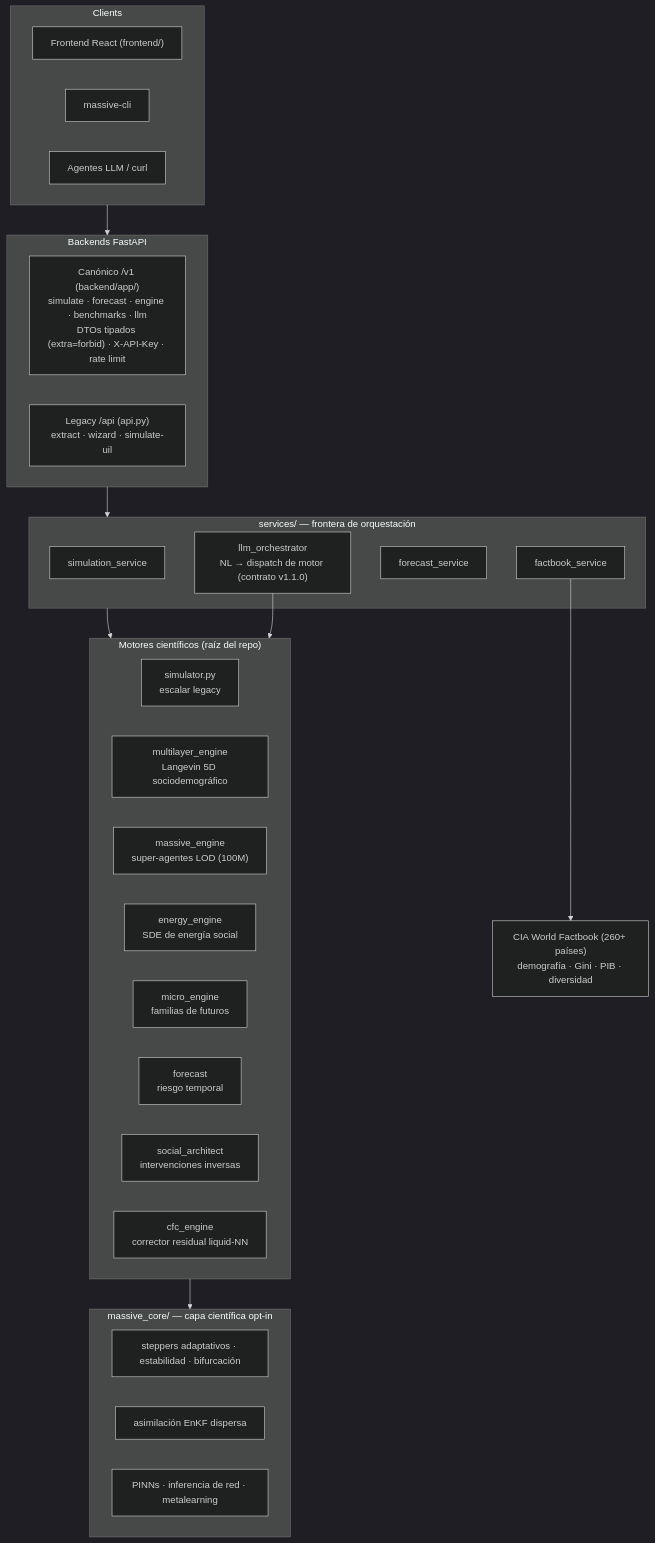
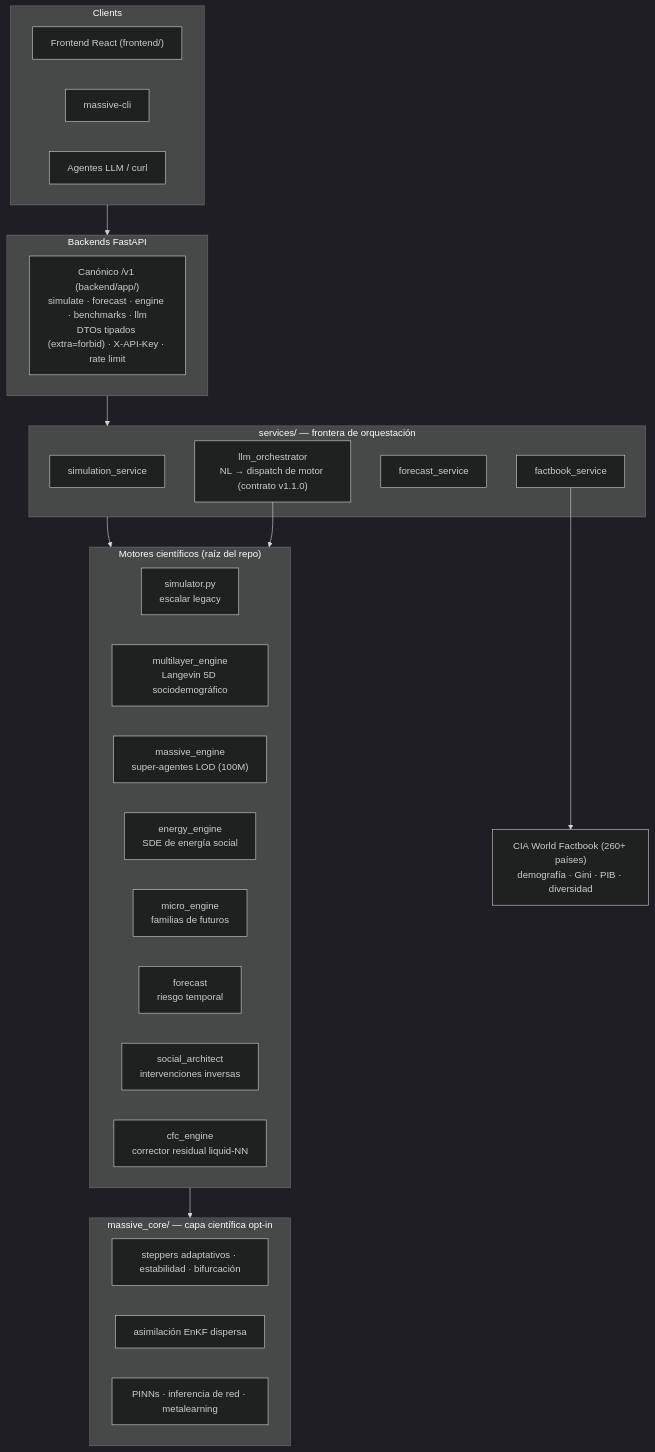
One commit to Adlgr87/MASSIVE changed the diagram in README_ES.md. Above: the diagram before and after it, drawn with Mermaid (dark theme). The commit also changed other lines of this file and 2 other files, not shown here.

````diff
--- a/README_ES.md
+++ b/README_ES.md
@@ -98,44 +113,43 @@
 ```mermaid
 flowchart TB
     subgraph Clients
         FE["Frontend React (frontend/)"]
         CLI["massive-cli"]
         AG["Agentes LLM / curl"]
     end
 
     subgraph API["Backends FastAPI"]
         V1["Canónico /v1 (backend/app/)<br/>simulate · forecast · engine · benchmarks · llm<br/>DTOs tipados (extra=forbid) · X-API-Key · rate limit"]
-        LEG["Legacy /api (api.py)<br/>extract · wizard · simulate-uil"]
     end
 
     subgraph Services["services/ — frontera de orquestación"]
         ORCH["llm_orchestrator<br/>NL → dispatch de motor (contrato v1.1.0)"]
         SIM["simulation_service"]
         FOR["forecast_service"]
         FB["factbook_service"]
     end
 
     subgraph Engines["Motores científicos (raíz del repo)"]
         direction LR
         E1["simulator.py<br/>escalar legacy"]
         E2["multilayer_engine<br/>Langevin 5D sociodemográfico"]
         E3["massive_engine<br/>super-agentes LOD (100M)"]
         E4["energy_engine<br/>SDE de energía social"]
         E5["micro_engine<br/>familias de futuros"]
         E6["forecast<br/>riesgo temporal"]
         E7["social_architect<br/>intervenciones inversas"]
         E8["cfc_engine<br/>corrector residual liquid-NN"]
     end
 
     subgraph Core["massive_core/ — capa científica opt-in"]
         C1["steppers adaptativos · estabilidad · bifurcación"]
         C2["asimilación EnKF dispersa"]
         C3["PINNs · inferencia de red · metalearning"]
     end
 
     DATA["CIA World Factbook (260+ países)<br/>demografía · Gini · PIB · diversidad"]
 
     Clients --> API --> Services --> Engines --> Core
     FB --> DATA
     ORCH --> Engines
 ```
````
